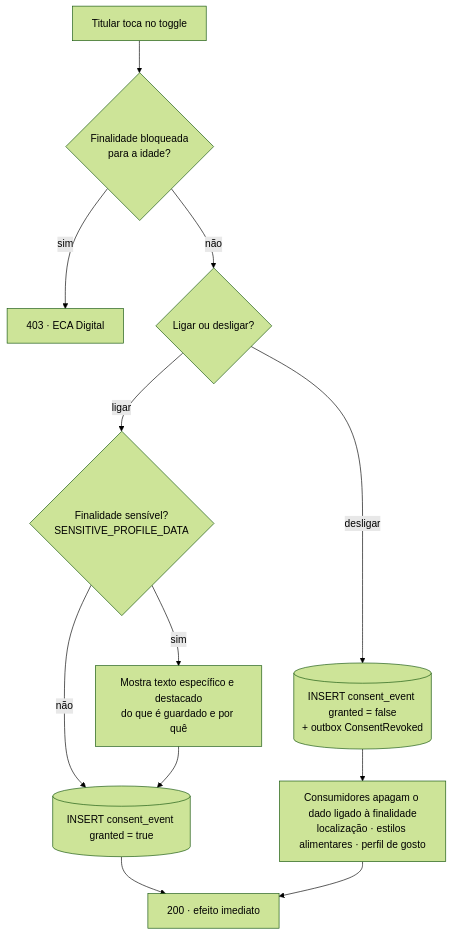
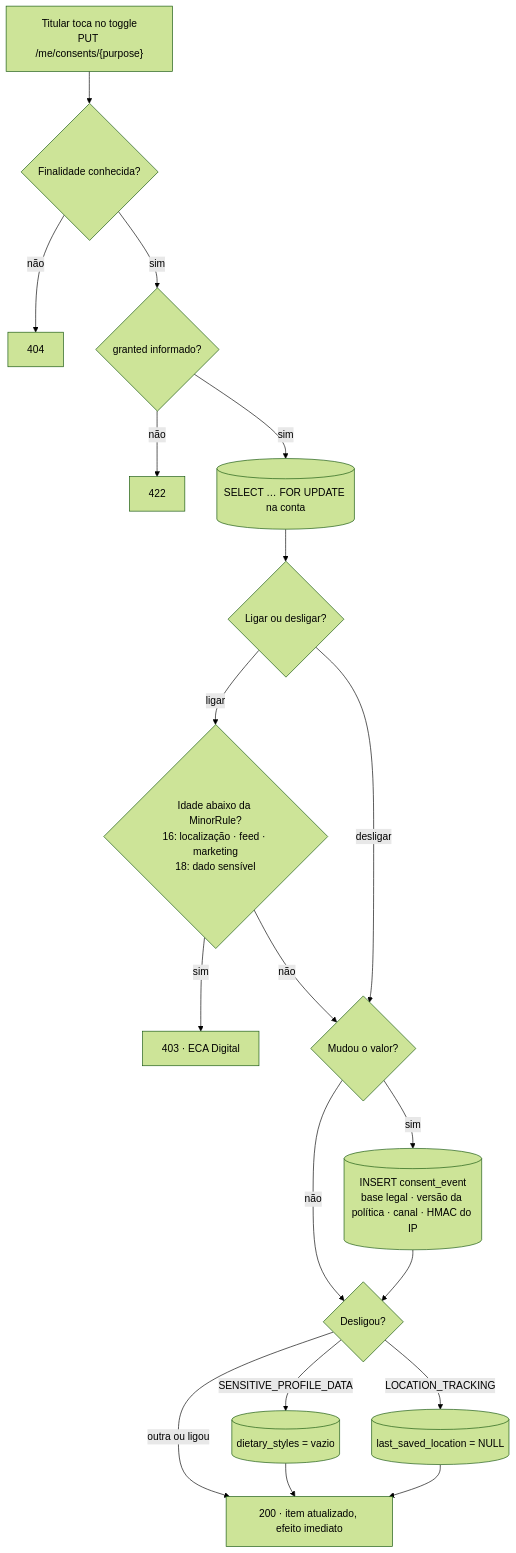
One commit to MatheusHaliski/Friendly-Eats changed the first of 2 diagrams in docs/RF3/atividades.md. Above: the diagram before and after it, drawn with Mermaid (forest theme). The commit also changed other lines of this file and 22 other files, not shown here.

First line of the commit message:
RF3: API de consentimentos e gosto no perfil (RF2)

````diff
--- a/docs/RF3/atividades.md
+++ b/docs/RF3/atividades.md
@@ -3,13 +3,20 @@
 ```mermaid
 flowchart TD
-    A[Titular toca no toggle] --> B{Finalidade bloqueada<br/>para a idade?}
+    A["Titular toca no toggle<br/>PUT /me/consents/{purpose}"] --> P{Finalidade conhecida?}
+    P -- não --> E404[404]
+    P -- sim --> V{granted informado?}
+    V -- não --> E422[422]
+    V -- sim --> L[(SELECT … FOR UPDATE na conta)]
+    L --> C{Ligar ou desligar?}
+    C -- ligar --> B{Idade abaixo da MinorRule?<br/>16: localização · feed · marketing<br/>18: dado sensível}
     B -- sim --> E403[403 · ECA Digital]
-    B -- não --> C{Ligar ou desligar?}
-    C -- ligar --> D{Finalidade sensível?<br/>SENSITIVE_PROFILE_DATA}
-    D -- sim --> D1[Mostra texto específico e destacado<br/>do que é guardado e por quê]
-    D -- não --> G
-    D1 --> G[(INSERT consent_event granted = true)]
-    C -- desligar --> R[(INSERT consent_event granted = false<br/>+ outbox ConsentRevoked)]
-    R --> X[Consumidores apagam o dado ligado à finalidade<br/>localização · estilos alimentares · perfil de gosto]
-    G & X --> OK[200 · efeito imediato]
+    B -- não --> S{Mudou o valor?}
+    C -- desligar --> S
+    S -- sim --> G[(INSERT consent_event<br/>base legal · versão da política · canal · HMAC do IP)]
+    S -- não --> F
+    G --> F{Desligou?}
+    F -- "SENSITIVE_PROFILE_DATA" --> X1[(dietary_styles = vazio)]
+    F -- "LOCATION_TRACKING" --> X2[(last_saved_location = NULL)]
+    F -- outra ou ligou --> OK
+    X1 & X2 --> OK[200 · item atualizado, efeito imediato]
 ```
````
